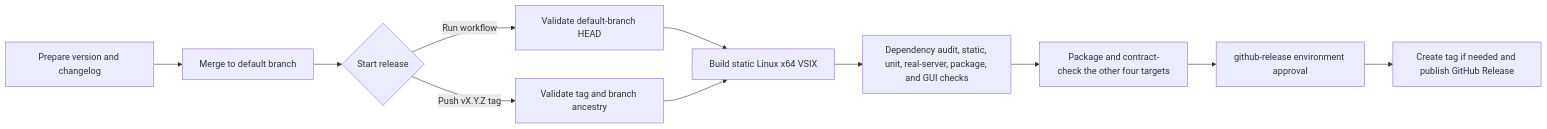
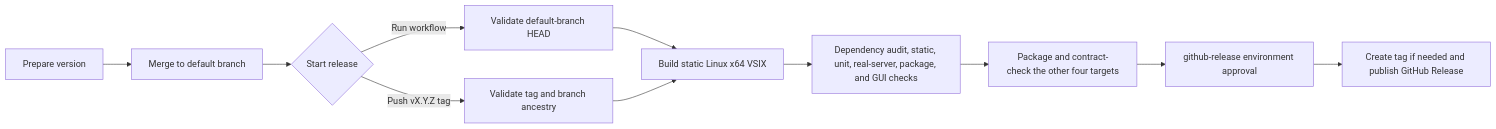
Before and after one commit to klcheungaj/vscode-hdlsupport: the diagram in doc/releasing.md, drawn with Mermaid. The commit also changed other lines of this file and 2 other files, not shown here.

First line of the commit message:
Stop requiring CHANGELOG.md for releases

````diff
--- a/doc/releasing.md
+++ b/doc/releasing.md
@@ -52,13 +52,13 @@
 ```mermaid
 flowchart LR
-    A[Prepare version and changelog] --> B[Merge to default branch]
+    A[Prepare version] --> B[Merge to default branch]
     B --> C{Start release}
     C -->|Run workflow| D[Validate default-branch HEAD]
     C -->|Push vX.Y.Z tag| E[Validate tag and branch ancestry]
     D --> F[Build static Linux x64 VSIX]
     E --> F
     F --> G[Dependency audit, static, unit, real-server, package, and GUI checks]
     G --> H[Package and contract-check the other four targets]
     H --> I[github-release environment approval]
     I --> J[Create tag if needed and publish GitHub Release]
 ```
````
